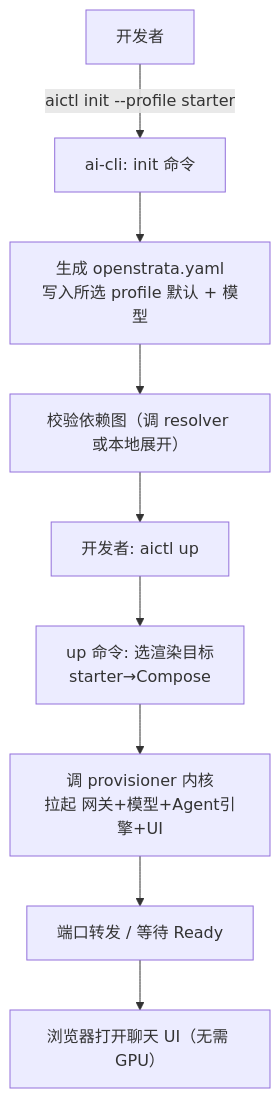
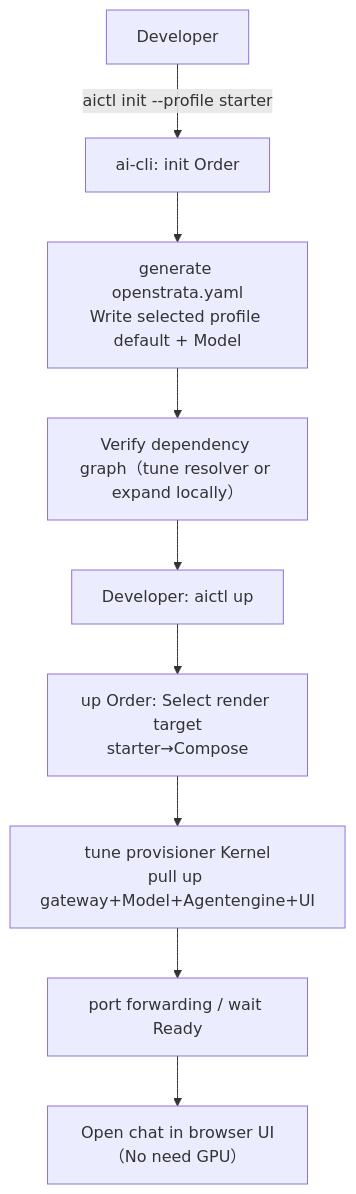
The first of 2 diagrams in design/DESIGN.md (open-strata-ai/ai-cli), drawn with Mermaid before and after one commit. The commit also changed other lines of this file and 10 other files, not shown here.

````diff
--- a/design/DESIGN.md
+++ b/design/DESIGN.md
@@ -84,11 +84,11 @@
 ```mermaid
 flowchart TD
-    A[开发者] -->|"aictl init --profile starter"| B[ai-cli: init 命令]
-    B --> C[生成 openstrata.yaml<br/>写入所选 profile 默认 + 模型]
-    C --> D[校验依赖图（调 resolver 或本地展开）]
-    D --> E[开发者: aictl up]
-    E --> F[up 命令: 选渲染目标<br/>starter→Compose]
-    F --> G[调 provisioner 内核<br/>拉起 网关+模型+Agent引擎+UI]
-    G --> H[端口转发 / 等待 Ready]
-    H --> I[浏览器打开聊天 UI（无需 GPU）]
+    A[Developer] -->|"aictl init --profile starter"| B[ai-cli: init Order]
+    B --> C[generate openstrata.yaml<br/>Write selected profile default + Model]
+    C --> D[Verify dependency graph（tune resolver or expand locally）]
+    D --> E[Developer: aictl up]
+    E --> F[up Order: Select render target<br/>starter→Compose]
+    F --> G[tune provisioner Kernel<br/>pull up gateway+Model+Agentengine+UI]
+    G --> H[port forwarding / wait Ready]
+    H --> I[Open chat in browser UI（No need GPU）]
 ```
````
